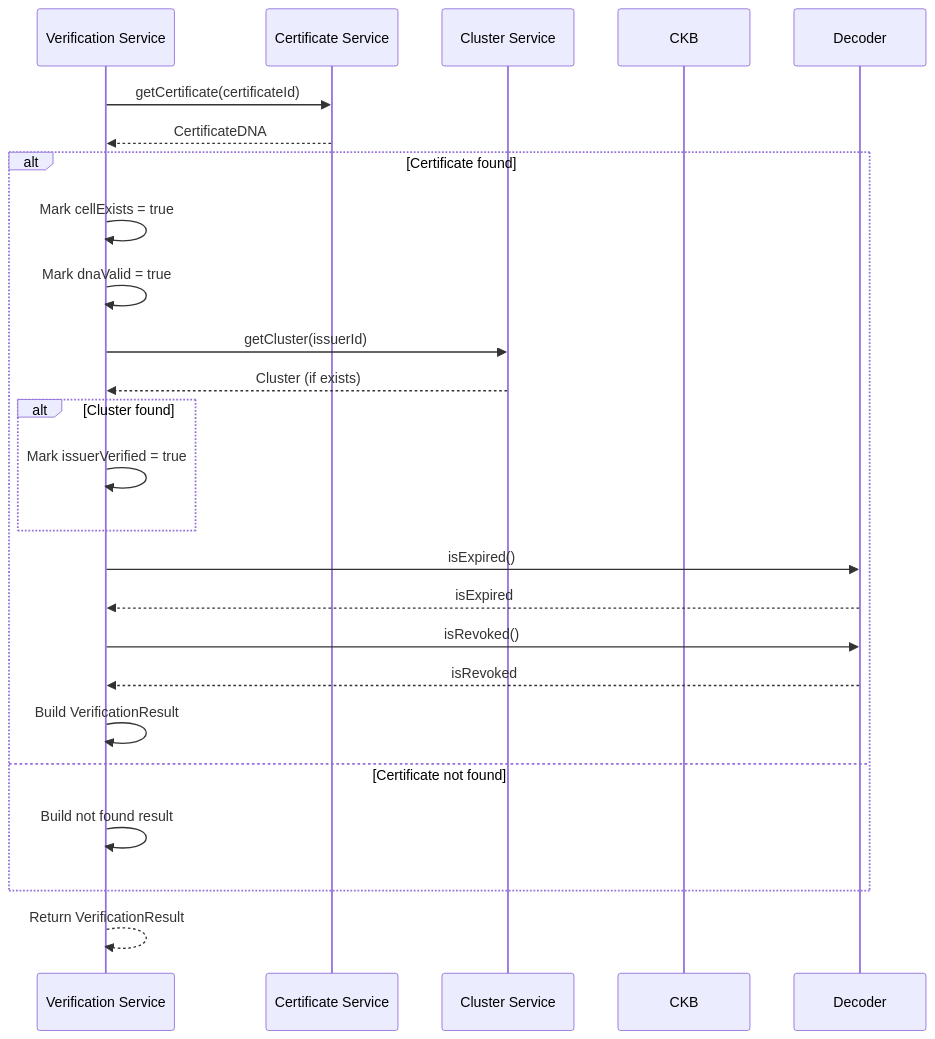
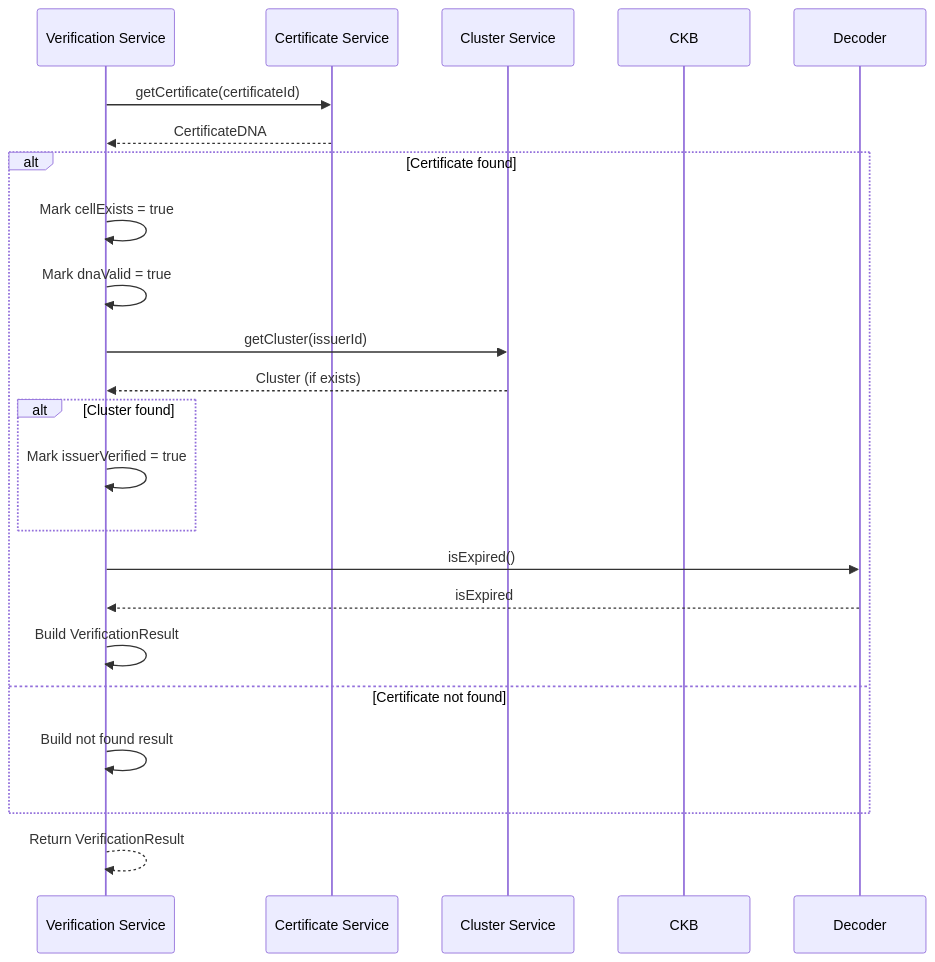
Before and after one commit to hiepthach/CertifyCKB: the first of 2 diagrams in doc/Design_spec/04_Verification_Service.md, drawn with Mermaid. The commit also changed other lines of this file and 25 other files, not shown here.

````diff
--- a/doc/Design_spec/04_Verification_Service.md
+++ b/doc/Design_spec/04_Verification_Service.md
@@ -90,30 +88,28 @@
 ```mermaid
 sequenceDiagram
     participant SVC as Verification Service
     participant ISSUER as Certificate Service
     participant CLUSTER as Cluster Service
     participant CKB
     participant DECODER as Decoder
 
     SVC->>ISSUER: getCertificate(certificateId)
     ISSUER-->>SVC: CertificateDNA
 
     alt Certificate found
         SVC->>SVC: Mark cellExists = true
         SVC->>SVC: Mark dnaValid = true
         SVC->>CLUSTER: getCluster(issuerId)
         CLUSTER-->>SVC: Cluster (if exists)
         alt Cluster found
             SVC->>SVC: Mark issuerVerified = true
         end
         SVC->>DECODER: isExpired()
         DECODER-->>SVC: isExpired
-        SVC->>DECODER: isRevoked()
-        DECODER-->>SVC: isRevoked
         SVC->>SVC: Build VerificationResult
     else Certificate not found
         SVC->>SVC: Build not found result
     end
 
     SVC-->>SVC: Return VerificationResult
 ```
````
